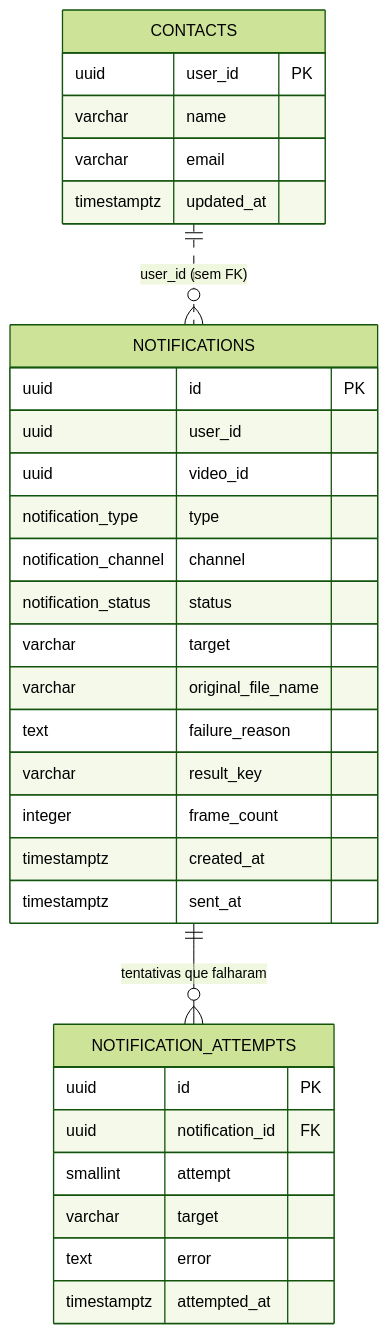
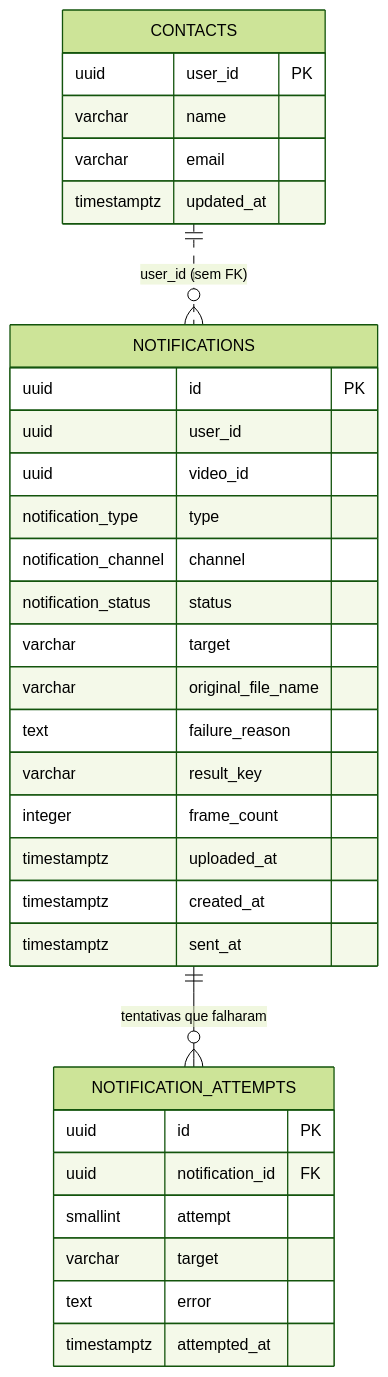
One commit to knzt/zipframes changed the third of 3 diagrams in docs/data/modelagem-de-dados.md. Above: the diagram before and after it, drawn with Mermaid (forest theme). The commit also changed other lines of this file and 47 other files, not shown here.

````diff
--- a/docs/data/modelagem-de-dados.md
+++ b/docs/data/modelagem-de-dados.md
@@ -183,34 +183,35 @@
 ```mermaid
 erDiagram
   CONTACTS {
     uuid user_id PK
     varchar name
     varchar email
     timestamptz updated_at
   }
   NOTIFICATIONS {
     uuid id PK
     uuid user_id
     uuid video_id
     notification_type type
     notification_channel channel
     notification_status status
     varchar target
     varchar original_file_name
     text failure_reason
     varchar result_key
     integer frame_count
+    timestamptz uploaded_at
     timestamptz created_at
     timestamptz sent_at
   }
   NOTIFICATION_ATTEMPTS {
     uuid id PK
     uuid notification_id FK
     smallint attempt
     varchar target
     text error
     timestamptz attempted_at
   }
   CONTACTS ||..o{ NOTIFICATIONS : "user_id (sem FK)"
   NOTIFICATIONS ||--o{ NOTIFICATION_ATTEMPTS : "tentativas que falharam"
 ```
````
